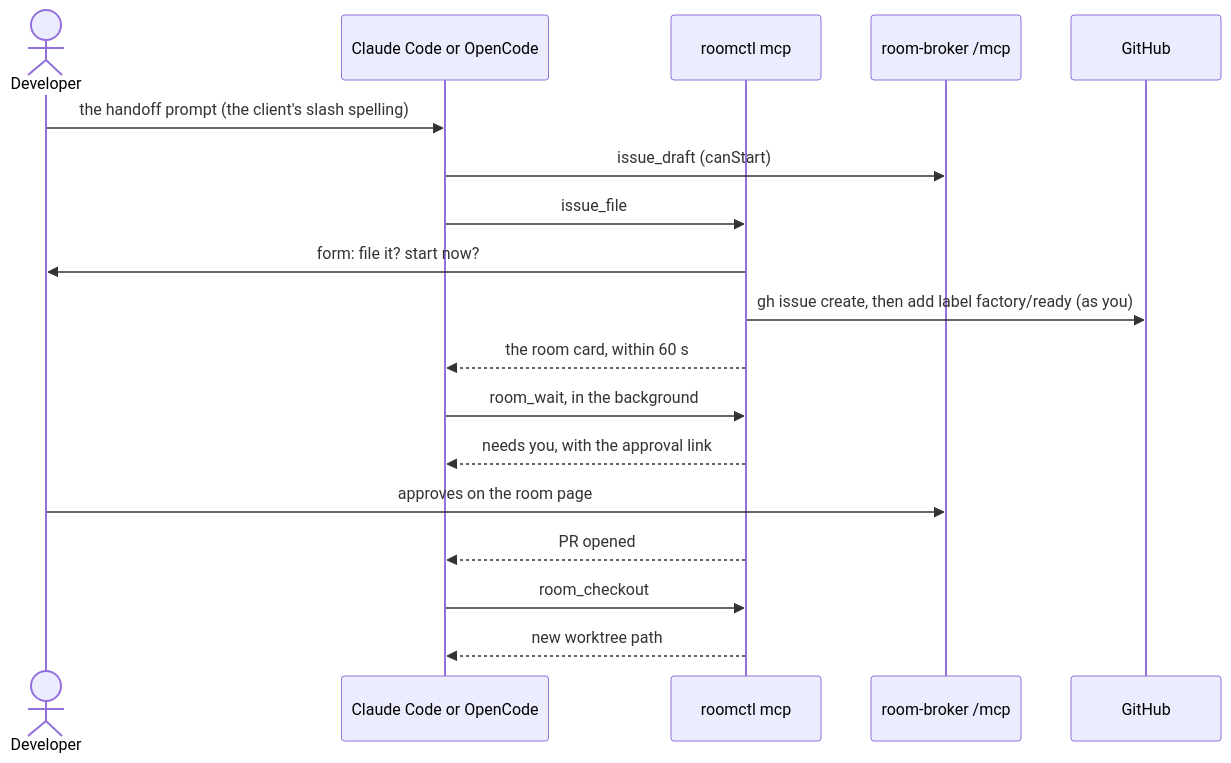
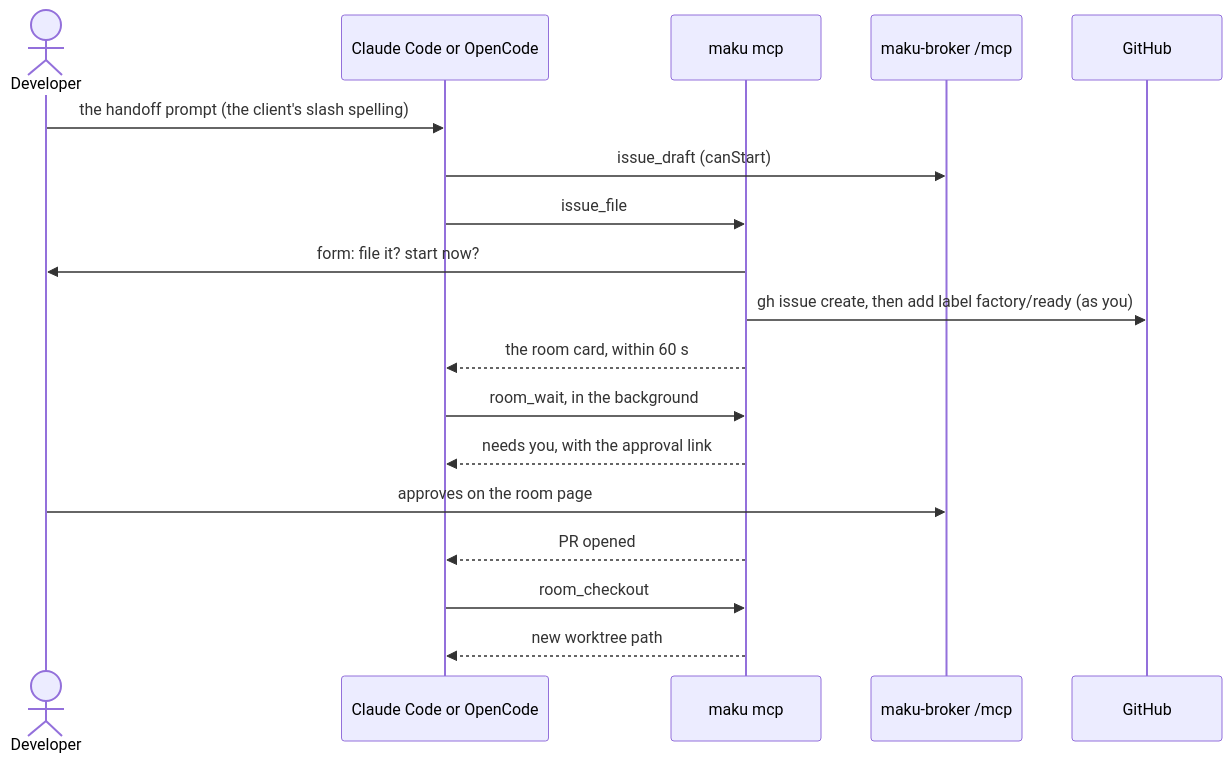
One commit to Smana/ai-native-ref changed the diagram in docs/runbooks/agent-factory/19-factory-from-your-agent.md. Above: the diagram before and after it, drawn with Mermaid. The commit also changed other lines of this file and 38 other files, not shown here.

First line of the commit message:
docs: Maku v0.30.0 names across live pages, runbooks and diagrams; the Agent Factory keeps its name (#211)

````diff
--- a/docs/runbooks/agent-factory/19-factory-from-your-agent.md
+++ b/docs/runbooks/agent-factory/19-factory-from-your-agent.md
@@ -10,20 +10,20 @@
 ```mermaid
 sequenceDiagram
   actor Dev as Developer
   participant A as Claude Code or OpenCode
-  participant R as roomctl mcp
-  participant B as room-broker /mcp
+  participant R as maku mcp
+  participant B as maku-broker /mcp
   participant GH as GitHub
   Dev->>A: the handoff prompt (the client's slash spelling)
   A->>B: issue_draft (canStart)
   A->>R: issue_file
   R->>Dev: form: file it? start now?
   R->>GH: gh issue create, then add label factory/ready (as you)
   R-->>A: the room card, within 60 s
   A->>R: room_wait, in the background
   R-->>A: needs you, with the approval link
   Dev->>B: approves on the room page
   R-->>A: PR opened
   A->>R: room_checkout
   R-->>A: new worktree path
 ```
````
